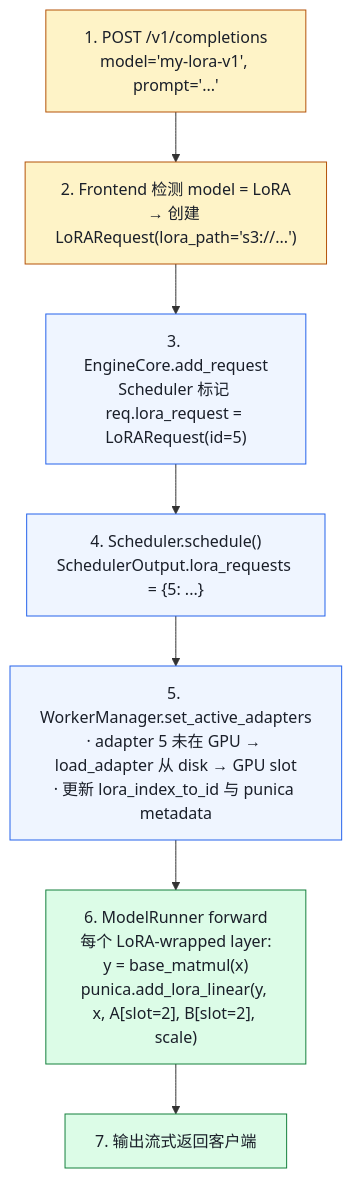
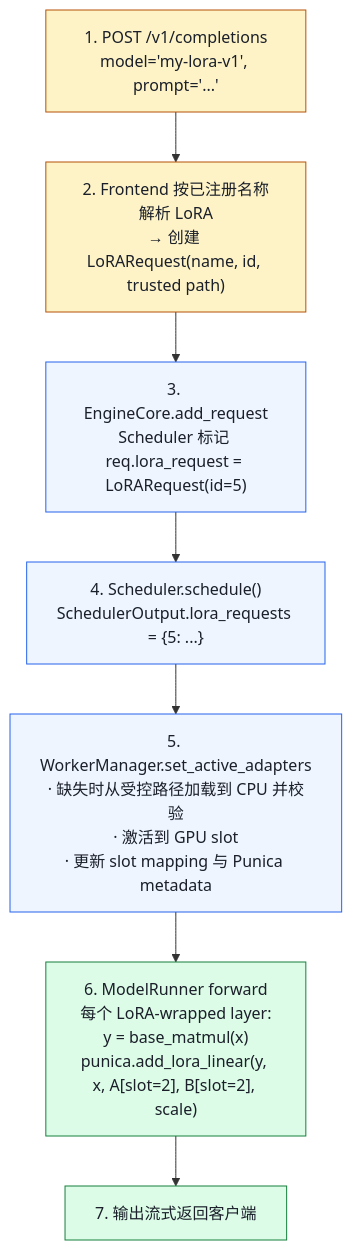
Before and after one commit to jwzheng96/vllm-learning-book: the diagram in 09-advanced-features/04-lora-serving.md, drawn with Mermaid. The commit also changed other lines of this file and 5 other files, not shown here.

````diff
--- a/09-advanced-features/04-lora-serving.md
+++ b/09-advanced-features/04-lora-serving.md
@@ -235,19 +238,19 @@
 ```mermaid
 flowchart TD
     R1["1. POST /v1/completions<br/>model='my-lora-v1', prompt='...'"]
-    R2["2. Frontend 检测 model = LoRA<br/>→ 创建 LoRARequest(lora_path='s3://...')"]
+    R2["2. Frontend 按已注册名称解析 LoRA<br/>→ 创建 LoRARequest(name, id, trusted path)"]
     R3["3. EngineCore.add_request<br/>Scheduler 标记 req.lora_request = LoRARequest(id=5)"]
     R4["4. Scheduler.schedule()<br/>SchedulerOutput.lora_requests = {5: ...}"]
-    R5["5. WorkerManager.set_active_adapters<br/>· adapter 5 未在 GPU → load_adapter 从 disk → GPU slot<br/>· 更新 lora_index_to_id 与 punica metadata"]
+    R5["5. WorkerManager.set_active_adapters<br/>· 缺失时从受控路径加载到 CPU 并校验<br/>· 激活到 GPU slot<br/>· 更新 slot mapping 与 Punica metadata"]
     R6["6. ModelRunner forward<br/>每个 LoRA-wrapped layer:<br/>y = base_matmul(x)<br/>punica.add_lora_linear(y, x, A[slot=2], B[slot=2], scale)"]
     R7["7. 输出流式返回客户端"]
 
     R1 --> R2 --> R3 --> R4 --> R5 --> R6 --> R7
 
     classDef frontend fill:#fef3c7,stroke:#b45309,color:#1a1f29;
     classDef engine   fill:#eff5ff,stroke:#2563eb,color:#1a1f29;
     classDef gpu      fill:#dcfce7,stroke:#15803d,color:#1a1f29;
     class R1,R2 frontend;
     class R3,R4,R5 engine;
     class R6,R7 gpu;
 ```
````
